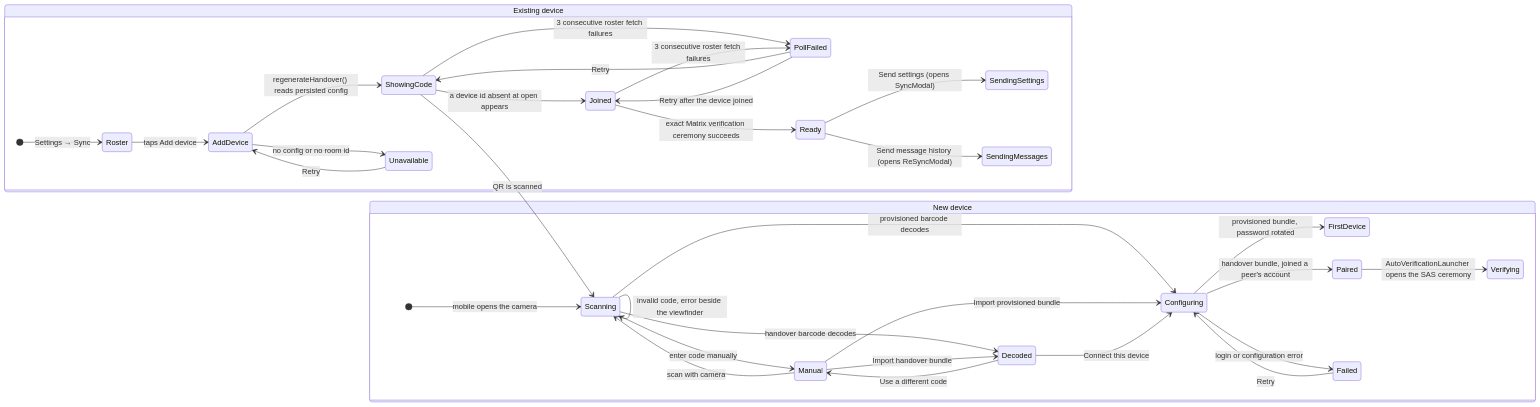
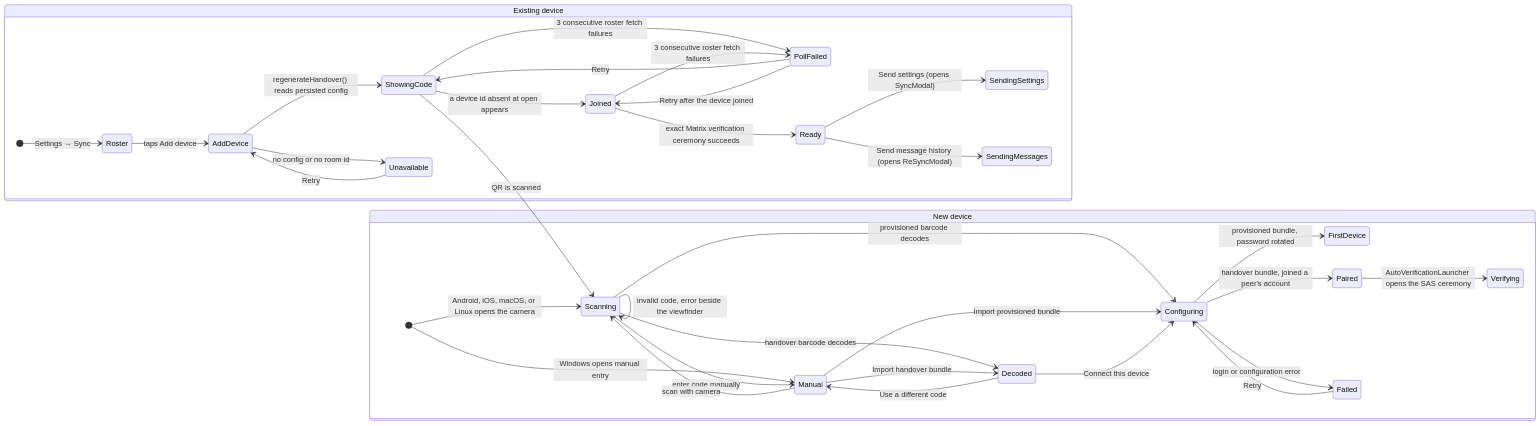
The second of 3 diagrams in knowledge/features/sync/overview.md (matthiasn/lotti), drawn with Mermaid before and after one commit. The commit also changed other lines of this file and 19 other files, not shown here.

````diff
--- a/knowledge/features/sync/overview.md
+++ b/knowledge/features/sync/overview.md
@@ -130,37 +130,38 @@
 ```mermaid
 stateDiagram-v2
   direction LR
   state "Existing device" as Existing {
     [*] --> Roster: Settings → Sync
     Roster --> AddDevice: taps Add device
     AddDevice --> ShowingCode: regenerateHandover() reads persisted config
     AddDevice --> Unavailable: no config or no room id
     Unavailable --> AddDevice: Retry
     ShowingCode --> Joined: a device id absent at open appears
     ShowingCode --> PollFailed: 3 consecutive roster fetch failures
     Joined --> PollFailed: 3 consecutive roster fetch failures
     PollFailed --> ShowingCode: Retry
     PollFailed --> Joined: Retry after the device joined
     Joined --> Ready: exact Matrix verification ceremony succeeds
     Ready --> SendingSettings: Send settings (opens SyncModal)
     Ready --> SendingMessages: Send message history (opens ReSyncModal)
   }
   state "New device" as New {
-    [*] --> Scanning: mobile opens the camera
+    [*] --> Scanning: Android, iOS, macOS, or Linux opens the camera
+    [*] --> Manual: Windows opens manual entry
     Scanning --> Manual: enter code manually
     Manual --> Scanning: scan with camera
     Scanning --> Decoded: handover barcode decodes
     Manual --> Decoded: Import handover bundle
     Scanning --> Configuring: provisioned barcode decodes
     Manual --> Configuring: Import provisioned bundle
     Scanning --> Scanning: invalid code, error beside the viewfinder
     Decoded --> Manual: Use a different code
     Decoded --> Configuring: Connect this device
     Configuring --> FirstDevice: provisioned bundle, password rotated
     Configuring --> Paired: handover bundle, joined a peer's account
     Configuring --> Failed: login or configuration error
     Failed --> Configuring: Retry
     Paired --> Verifying: AutoVerificationLauncher opens the SAS ceremony
   }
   ShowingCode --> Scanning: QR is scanned
 ```
````
